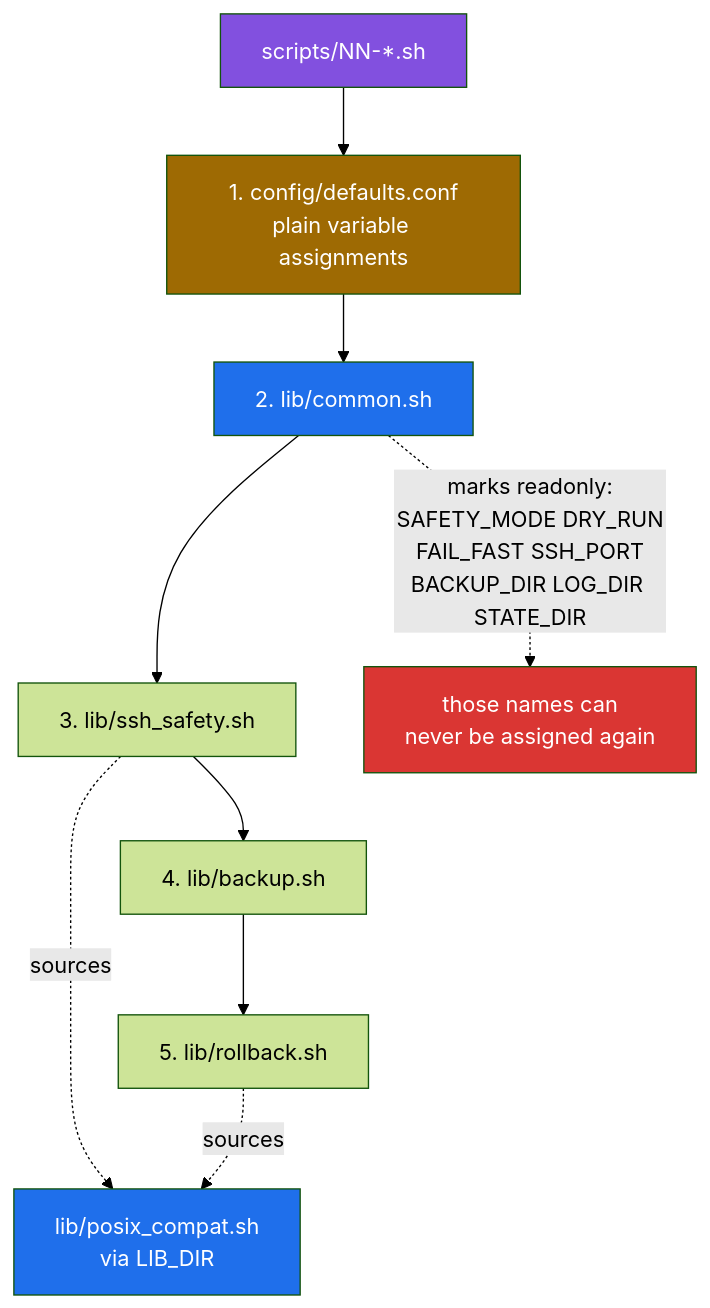
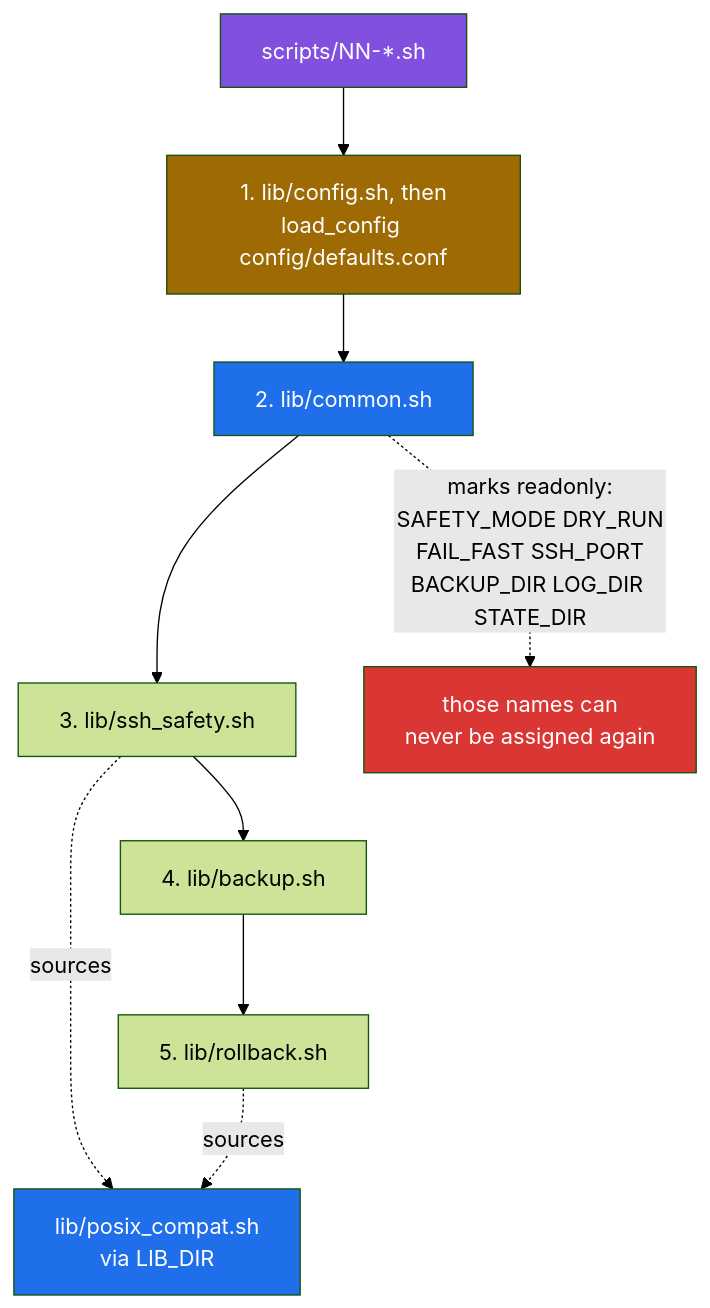
Before and after one commit to Bissbert/POSIX-hardening: the first of 2 diagrams in docs/library-reference.md, drawn with Mermaid (forest theme). The commit also changed other lines of this file and 25 other files, not shown here.

````diff
--- a/docs/library-reference.md
+++ b/docs/library-reference.md
@@ -24,20 +25,20 @@
 ```mermaid
 flowchart TD
     S["scripts/NN-*.sh"]
-    S --> C1["1. config/defaults.conf<br/>plain variable assignments"]
+    S --> C1["1. lib/config.sh, then<br/>load_config config/defaults.conf"]
     C1 --> C2["2. lib/common.sh"]
     C2 --> C3["3. lib/ssh_safety.sh"]
     C3 --> C4["4. lib/backup.sh"]
     C4 --> C5["5. lib/rollback.sh"]
 
     C2 -.->|"marks readonly:<br/>SAFETY_MODE DRY_RUN<br/>FAIL_FAST SSH_PORT<br/>BACKUP_DIR LOG_DIR STATE_DIR"| LOCK["those names can<br/>never be assigned again"]
 
     C3 -.->|"sources"| PC["lib/posix_compat.sh<br/>via LIB_DIR"]
     C5 -.->|"sources"| PC
 
     style S fill:#8250df,color:#fff
     style C1 fill:#9e6a03,color:#fff
     style C2 fill:#1f6feb,color:#fff
     style LOCK fill:#da3633,color:#fff
     style PC fill:#1f6feb,color:#fff
 ```
````
